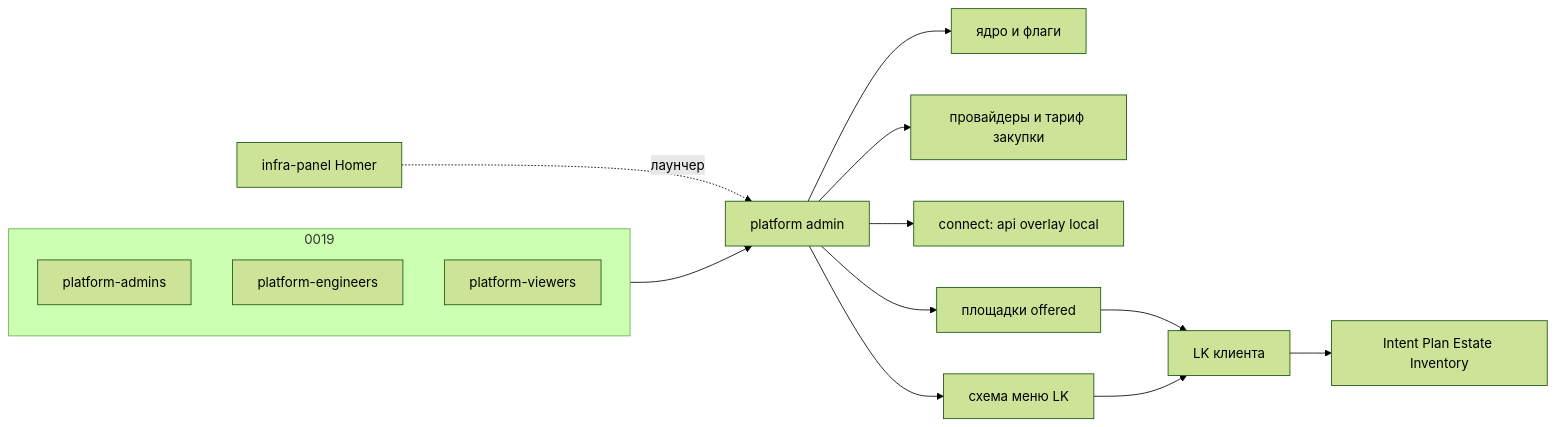
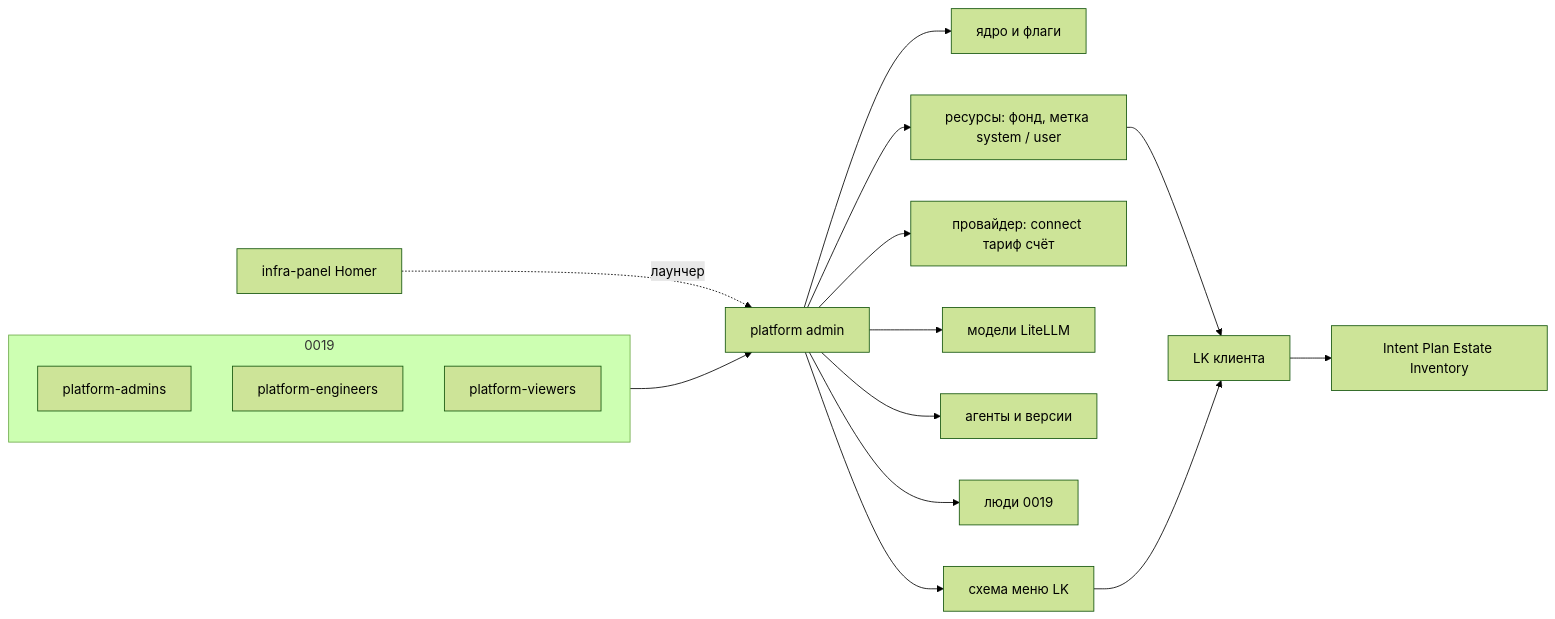
Before and after one commit to vinogradovia/ansible-devops-uslugi: the diagram in docs/adr/0015.2-admin-panel.md, drawn with Mermaid (forest theme). The commit also changed other lines of this file and 9 other files, not shown here.

````diff
--- a/docs/adr/0015.2-admin-panel.md
+++ b/docs/adr/0015.2-admin-panel.md
@@ -28,18 +28,20 @@
 ```mermaid
 flowchart LR
     subgraph people [0019]
         Adm["platform-admins"]
         Eng["platform-engineers"]
         View["platform-viewers"]
     end
     people --> Admin["platform admin"]
     Homer["infra-panel Homer"] -.->|лаунчер| Admin
     Admin --> Core["ядро и флаги"]
-    Admin --> Prov["провайдеры и тариф закупки"]
-    Admin --> Conn["connect: api overlay local"]
-    Admin --> Sites["площадки offered"]
+    Admin --> Res["ресурсы: фонд, метка system / user"]
+    Admin --> Prov["провайдер: connect тариф счёт"]
+    Admin --> Models["модели LiteLLM"]
+    Admin --> Agents["агенты и версии"]
+    Admin --> People["люди 0019"]
     Admin --> Menu["схема меню LK"]
-    Sites --> LK["LK клиента"]
+    Res --> LK["LK клиента"]
     Menu --> LK
     LK --> Objects["Intent Plan Estate Inventory"]
 ```
````
